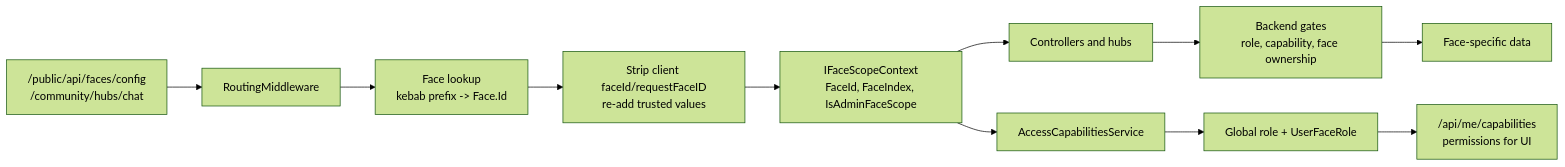
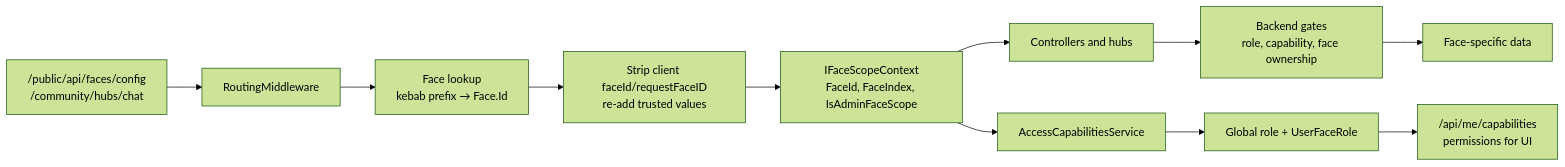
One commit to 01laky/many_faces_backend changed the fifth of 8 diagrams in README.md. Above: the diagram before and after it, drawn with Mermaid (forest theme). The commit also changed other lines of this file, not shown here.

````diff
--- a/README.md
+++ b/README.md
@@ -215,15 +191,15 @@
 ```mermaid
 flowchart LR
     request["/public/api/faces/config<br/>/community/hubs/chat"] --> router["RoutingMiddleware"]
-    router --> lookup["Face lookup<br/>kebab prefix -> Face.Id"]
+    router --> lookup["Face lookup<br/>kebab prefix → Face.Id"]
     lookup --> sanitize["Strip client faceId/requestFaceID<br/>re-add trusted values"]
     sanitize --> context["IFaceScopeContext<br/>FaceId, FaceIndex, IsAdminFaceScope"]
 
     context --> controllers["Controllers and hubs"]
     context --> caps["AccessCapabilitiesService"]
     caps --> roles["Global role + UserFaceRole"]
     roles --> response["/api/me/capabilities<br/>permissions for UI"]
 
     controllers --> gates["Backend gates<br/>role, capability, face ownership"]
     gates --> data["Face-specific data"]
 ```
````
